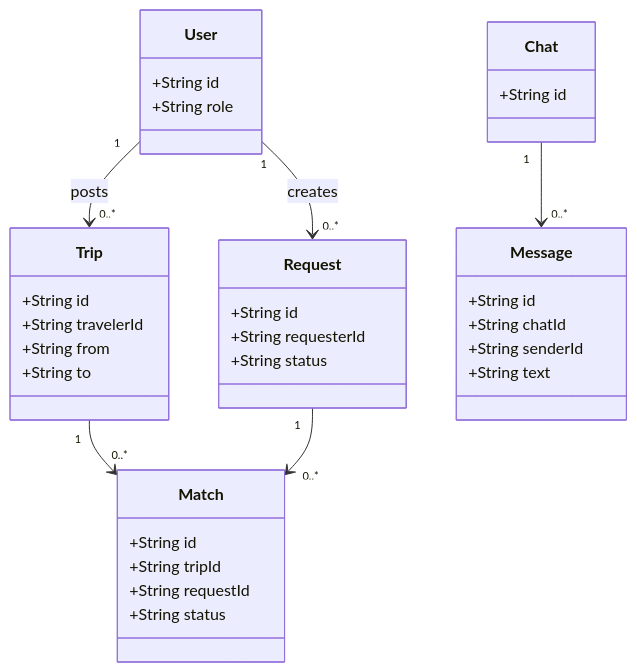
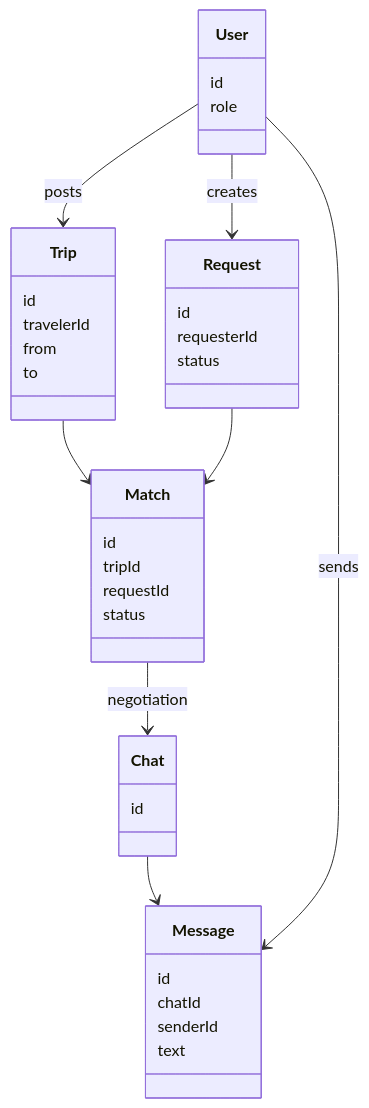
Before and after one commit to Almichot-1/p2p-delivery-platform: the fourth of 5 diagrams in README.md, drawn with Mermaid. The commit also changed other lines of this file, not shown here.

````diff
--- a/README.md
+++ b/README.md
@@ -117,39 +155,41 @@
 ```mermaid
 classDiagram
   class User {
-    +String id
-    +String role
+    id
+    role
   }
   class Trip {
-    +String id
-    +String travelerId
-    +String from
-    +String to
+    id
+    travelerId
+    from
+    to
   }
   class Request {
-    +String id
-    +String requesterId
-    +String status
+    id
+    requesterId
+    status
   }
   class Match {
-    +String id
-    +String tripId
-    +String requestId
-    +String status
+    id
+    tripId
+    requestId
+    status
   }
   class Chat {
-    +String id
+    id
   }
   class Message {
-    +String id
-    +String chatId
-    +String senderId
-    +String text
+    id
+    chatId
+    senderId
+    text
   }
 
-  User "1" --> "0..*" Trip : posts
-  User "1" --> "0..*" Request : creates
-  Trip "1" --> "0..*" Match
-  Request "1" --> "0..*" Match
-  Chat "1" --> "0..*" Message
+  User --> Trip : posts
+  User --> Request : creates
+  Trip --> Match
+  Request --> Match
+  Match --> Chat : negotiation
+  Chat --> Message
+  User --> Message : sends
 ```
````
